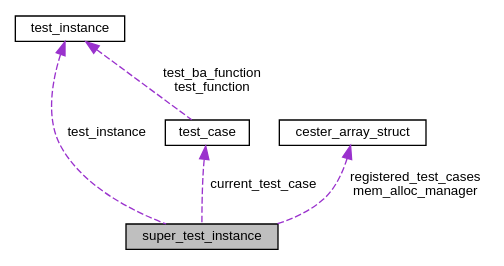
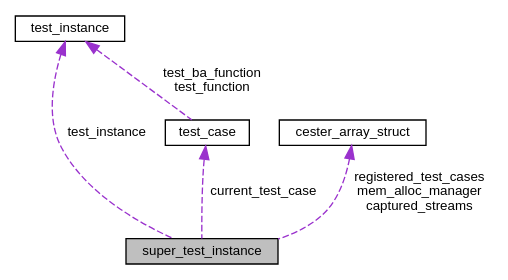
Before and after one commit to exoticlibraries/libcester: the diagram in reference/structsuper__test__instance__coll__graph.dot, drawn with Graphviz. The commit also changed 230 other files, not shown here.

```diff
--- a/reference/structsuper__test__instance__coll__graph.dot
+++ b/reference/structsuper__test__instance__coll__graph.dot
@@ -1,13 +1,14 @@
 digraph "super_test_instance"
 {
+ // LATEX_PDF_SIZE
   edge [fontname="Helvetica",fontsize="10",labelfontname="Helvetica",labelfontsize="10"];
   node [fontname="Helvetica",fontsize="10",shape=record];
-  Node1 [label="super_test_instance",height=0.2,width=0.4,color="black", fillcolor="grey75", style="filled", fontcolor="black"];
+  Node1 [label="super_test_instance",height=0.2,width=0.4,color="black", fillcolor="grey75", style="filled", fontcolor="black",tooltip=" "];
   Node2 -> Node1 [dir="back",color="darkorchid3",fontsize="10",style="dashed",label=" test_instance" ,fontname="Helvetica"];
-  Node2 [label="test_instance",height=0.2,width=0.4,color="black", fillcolor="white", style="filled",URL="$structtest__instance.html"];
-  Node3 -> Node1 [dir="back",color="darkorchid3",fontsize="10",style="dashed",label=" registered_test_cases\nmem_alloc_manager" ,fontname="Helvetica"];
-  Node3 [label="cester_array_struct",height=0.2,width=0.4,color="black", fillcolor="white", style="filled",URL="$structcester__array__struct.html"];
+  Node2 [label="test_instance",height=0.2,width=0.4,color="black", fillcolor="white", style="filled",URL="$structtest__instance.html",tooltip=" "];
+  Node3 -> Node1 [dir="back",color="darkorchid3",fontsize="10",style="dashed",label=" registered_test_cases\nmem_alloc_manager\ncaptured_streams" ,fontname="Helvetica"];
+  Node3 [label="cester_array_struct",height=0.2,width=0.4,color="black", fillcolor="white", style="filled",URL="$structcester__array__struct.html",tooltip=" "];
   Node4 -> Node1 [dir="back",color="darkorchid3",fontsize="10",style="dashed",label=" current_test_case" ,fontname="Helvetica"];
-  Node4 [label="test_case",height=0.2,width=0.4,color="black", fillcolor="white", style="filled",URL="$structtest__case.html"];
+  Node4 [label="test_case",height=0.2,width=0.4,color="black", fillcolor="white", style="filled",URL="$structtest__case.html",tooltip=" "];
   Node2 -> Node4 [dir="back",color="darkorchid3",fontsize="10",style="dashed",label=" test_ba_function\ntest_function" ,fontname="Helvetica"];
 }
```
